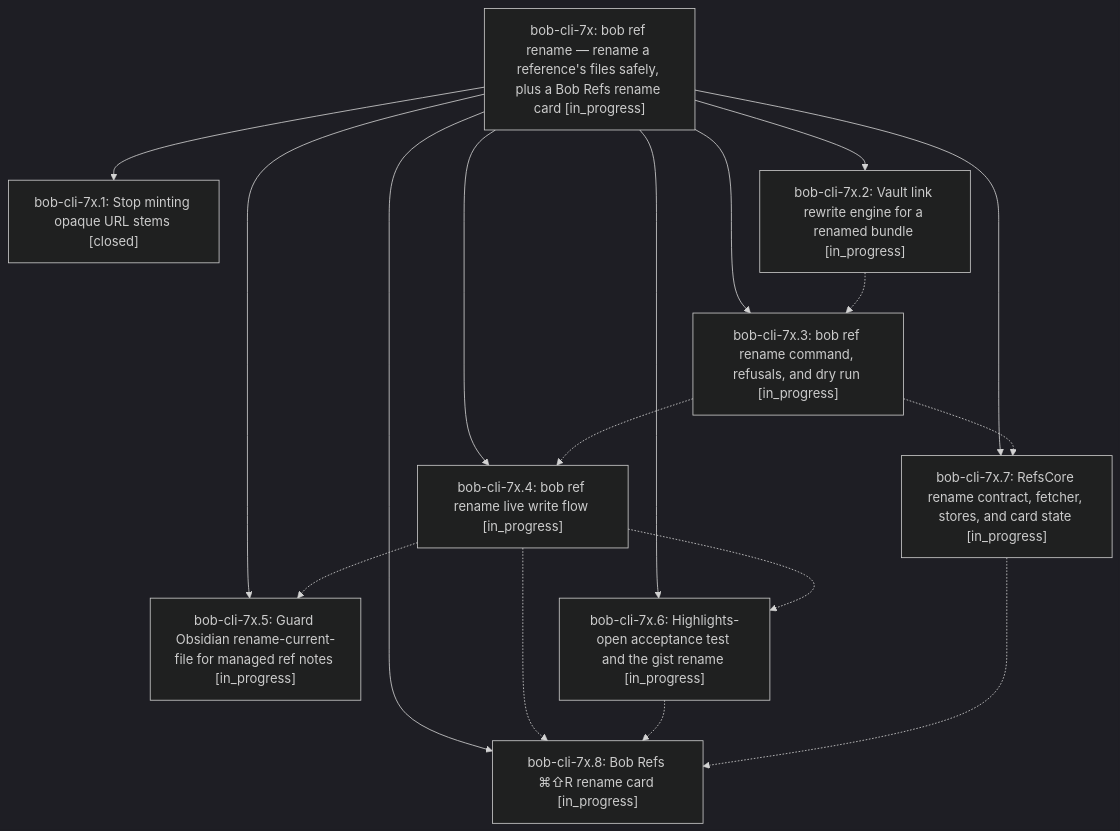
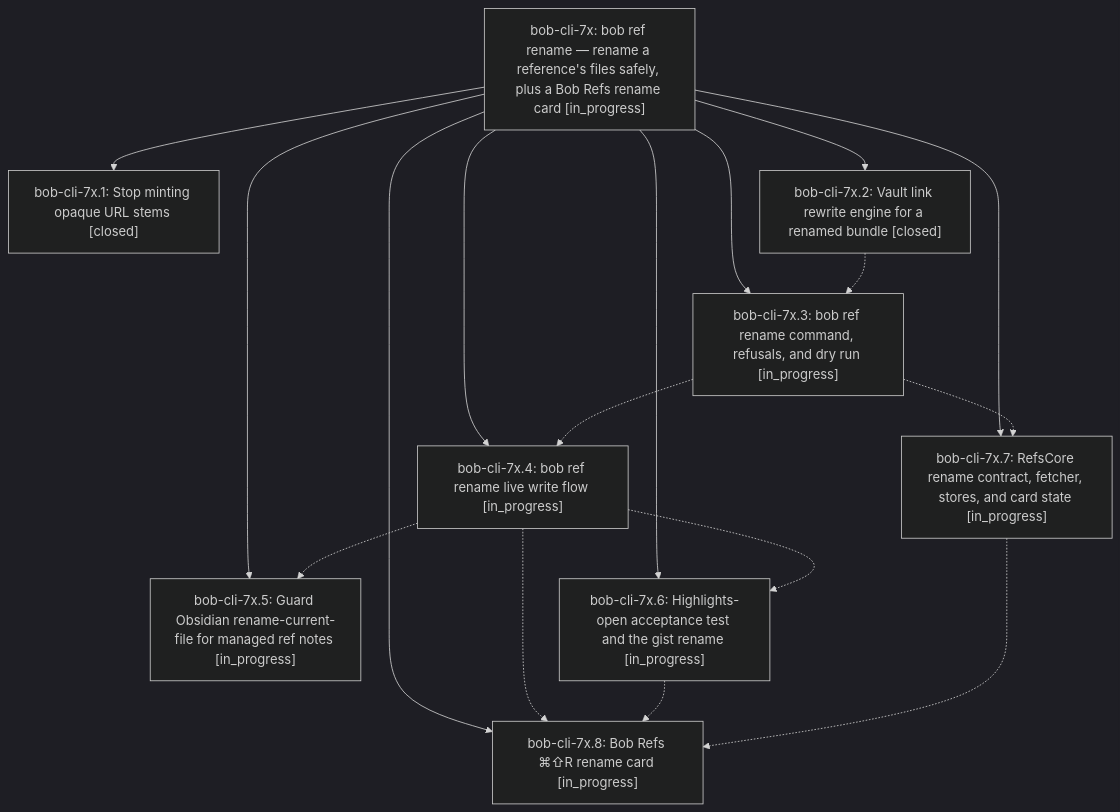
One commit to bobs-org/bob-cli--beads changed the diagram in pages/bob-cli-7x/README.md. Above: the diagram before and after it, drawn with Mermaid (dark theme). The commit also changed other lines of this file and 3 other files, not shown here.

First line of the commit message:
chore(beads): sync bead state and pages for bob-cli-7x

````diff
--- a/pages/bob-cli-7x/README.md
+++ b/pages/bob-cli-7x/README.md
@@ -29,28 +41,28 @@
 ```mermaid
 flowchart TD
     n0["bob-cli-7x: bob ref rename — rename a reference's files safely, plus a Bob Refs rename card [in_progress]"]
     n1["bob-cli-7x.1: Stop minting opaque URL stems [closed]"]
-    n2["bob-cli-7x.2: Vault link rewrite engine for a renamed bundle [in_progress]"]
+    n2["bob-cli-7x.2: Vault link rewrite engine for a renamed bundle [closed]"]
     n3["bob-cli-7x.3: bob ref rename command, refusals, and dry run [in_progress]"]
     n4["bob-cli-7x.4: bob ref rename live write flow [in_progress]"]
     n5["bob-cli-7x.5: Guard Obsidian rename-current-file for managed ref notes [in_progress]"]
     n6["bob-cli-7x.6: Highlights-open acceptance test and the gist rename [in_progress]"]
     n7["bob-cli-7x.7: RefsCore rename contract, fetcher, stores, and card state [in_progress]"]
     n8["bob-cli-7x.8: Bob Refs ⌘⇧R rename card [in_progress]"]
     n0 --> n1
     n0 --> n2
     n0 --> n3
     n0 --> n4
     n0 --> n5
     n0 --> n6
     n0 --> n7
     n0 --> n8
     n2 -.-> n3
     n3 -.-> n4
     n3 -.-> n7
     n4 -.-> n5
     n4 -.-> n6
     n4 -.-> n8
     n6 -.-> n8
     n7 -.-> n8
 ```
````
